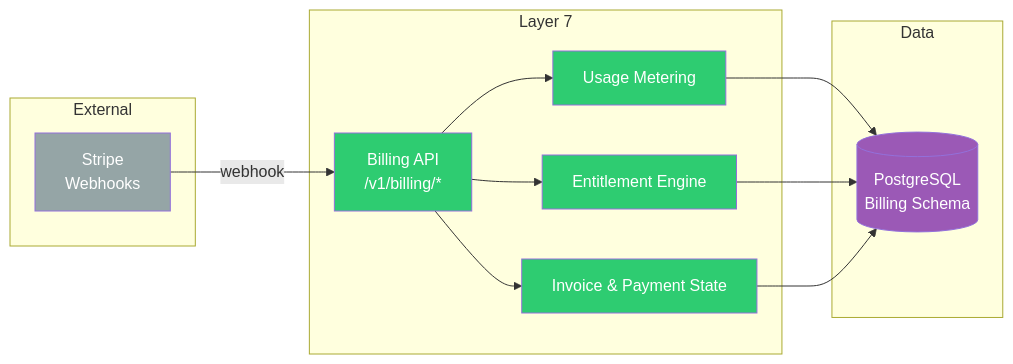
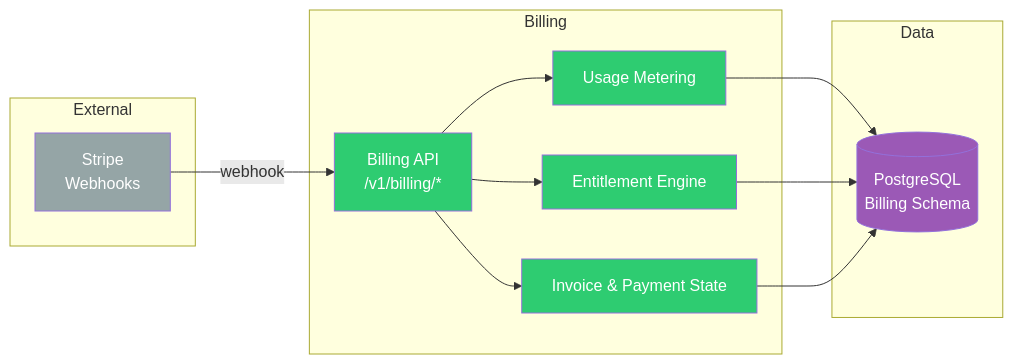
Before and after one commit to Valynt/Fabric_4L: the eighth of 11 diagrams in docs/core-concepts/architecture.md, drawn with Mermaid. The commit also changed other lines of this file and 21 other files, not shown here.

````diff
--- a/docs/core-concepts/architecture.md
+++ b/docs/core-concepts/architecture.md
@@ -392,32 +397,32 @@
 ```mermaid
 flowchart LR
     subgraph "External"
         STRIPE[Stripe<br/>Webhooks]
     end
     
-    subgraph "Layer 7"
+    subgraph "Billing"
         L7_API[Billing API<br/>/v1/billing/*]
         METER[Usage Metering]
         ENT[Entitlement Engine]
         INV[Invoice & Payment State]
     end
     
     subgraph "Data"
         PG_BILL[(PostgreSQL<br/>Billing Schema)]
     end
     
     STRIPE -->|webhook| L7_API
     L7_API --> METER
     L7_API --> ENT
     L7_API --> INV
     METER --> PG_BILL
     ENT --> PG_BILL
     INV --> PG_BILL
     
     style L7_API fill:#2ecc71,color:white
     style METER fill:#2ecc71,color:white
     style ENT fill:#2ecc71,color:white
     style INV fill:#2ecc71,color:white
     style PG_BILL fill:#9b59b6,color:white
     style STRIPE fill:#95a5a6,color:white
 ```
````
